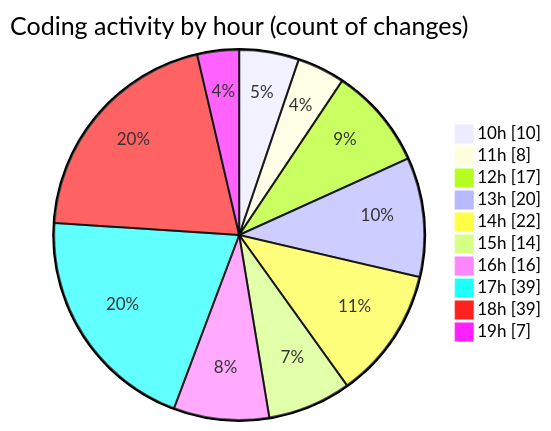
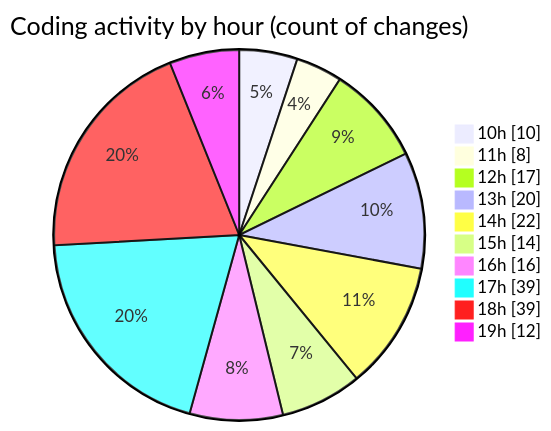
The second of 2 diagrams in 2025-12-03/cda/README.md (momahboobian/code-tracking), drawn with Mermaid before and after one commit. The commit also changed other lines of this file and 1 other file, not shown here.

````diff
--- a/2025-12-03/cda/README.md
+++ b/2025-12-03/cda/README.md
@@ -44,14 +44,14 @@
 ```mermaid
 pie showData
 title Coding activity by hour (count of changes)
 "10h" : 10
 "11h" : 8
 "12h" : 17
 "13h" : 20
 "14h" : 22
 "15h" : 14
 "16h" : 16
 "17h" : 39
 "18h" : 39
-"19h" : 7
+"19h" : 12
 ```
````
